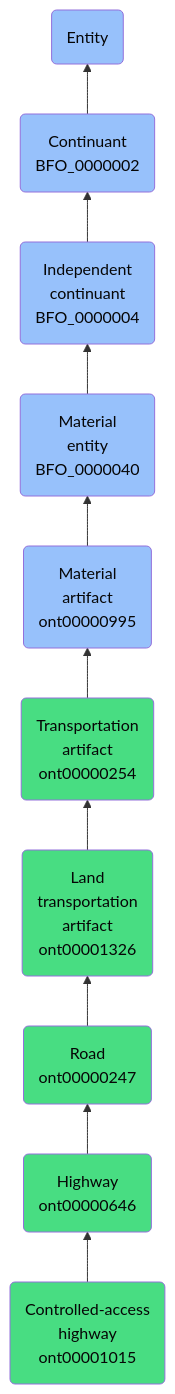
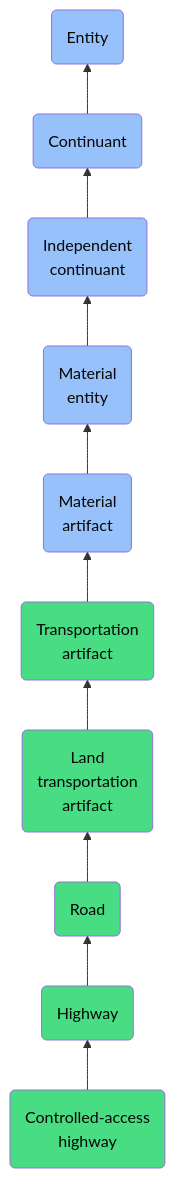
One commit to jupyter-naas/abi changed the diagram in docs/ontology/reference/model/Entity/Continuant/Independent continuant/Material entity/Material artifact/Transportation artifact/Land transportation artifact/Road/Highway/Controlled-access highway/Controlled-access highway.md. Above: the diagram before and after it, drawn with Mermaid. The commit also changed other lines of this file and 1430 other files, not shown here.

````diff
--- a/docs/ontology/reference/model/Entity/Continuant/Independent continuant/Material entity/Material artifact/Transportation artifact/Land transportation artifact/Road/Highway/Controlled-access highway/Controlled-access highway.md
+++ b/docs/ontology/reference/model/Entity/Continuant/Independent continuant/Material entity/Material artifact/Transportation artifact/Land transportation artifact/Road/Highway/Controlled-access highway/Controlled-access highway.md
@@ -26,17 +26,17 @@
 ```mermaid
 graph BT
-    ont00001015(Controlled-access<br>highway<br>ont00001015):::ABI-->ont00000646
-    ont00000646(Highway<br>ont00000646):::ABI-->ont00000247
-    ont00000247(Road<br>ont00000247):::ABI-->ont00001326
-    ont00001326(Land<br>transportation<br>artifact<br>ont00001326):::ABI-->ont00000254
-    ont00000254(Transportation<br>artifact<br>ont00000254):::ABI-->ont00000995
-    ont00000995(Material<br>artifact<br>ont00000995):::BFO-->BFO_0000040
-    BFO_0000040(Material<br>entity<br>BFO_0000040):::BFO-->BFO_0000004
-    BFO_0000004(Independent<br>continuant<br>BFO_0000004):::BFO-->BFO_0000002
-    BFO_0000002(Continuant<br>BFO_0000002):::BFO-->BFO_0000001
+    ont00001015(Controlled-access<br>highway):::ABI-->ont00000646
+    ont00000646(Highway):::ABI-->ont00000247
+    ont00000247(Road):::ABI-->ont00001326
+    ont00001326(Land<br>transportation<br>artifact):::ABI-->ont00000254
+    ont00000254(Transportation<br>artifact):::ABI-->ont00000995
+    ont00000995(Material<br>artifact):::BFO-->BFO_0000040
+    BFO_0000040(Material<br>entity):::BFO-->BFO_0000004
+    BFO_0000004(Independent<br>continuant):::BFO-->BFO_0000002
+    BFO_0000002(Continuant):::BFO-->BFO_0000001
     BFO_0000001(Entity):::BFO
     
     classDef BFO fill:#97c1fb,color:#060606
     classDef CCO fill:#e4c51e,color:#060606
     classDef ABI fill:#48DD82,color:#060606
 ```
````
